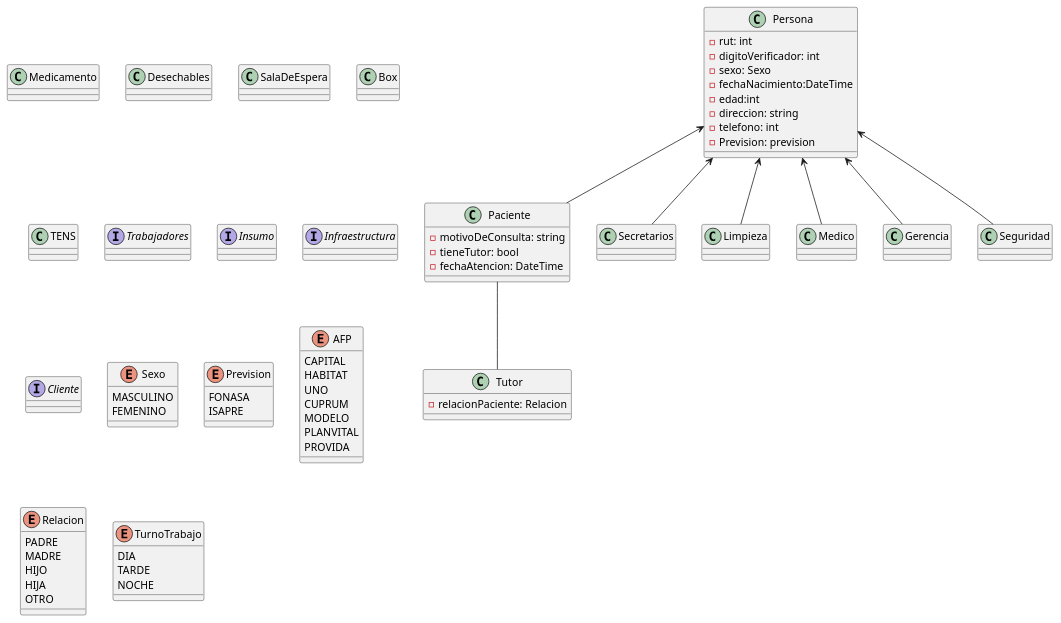
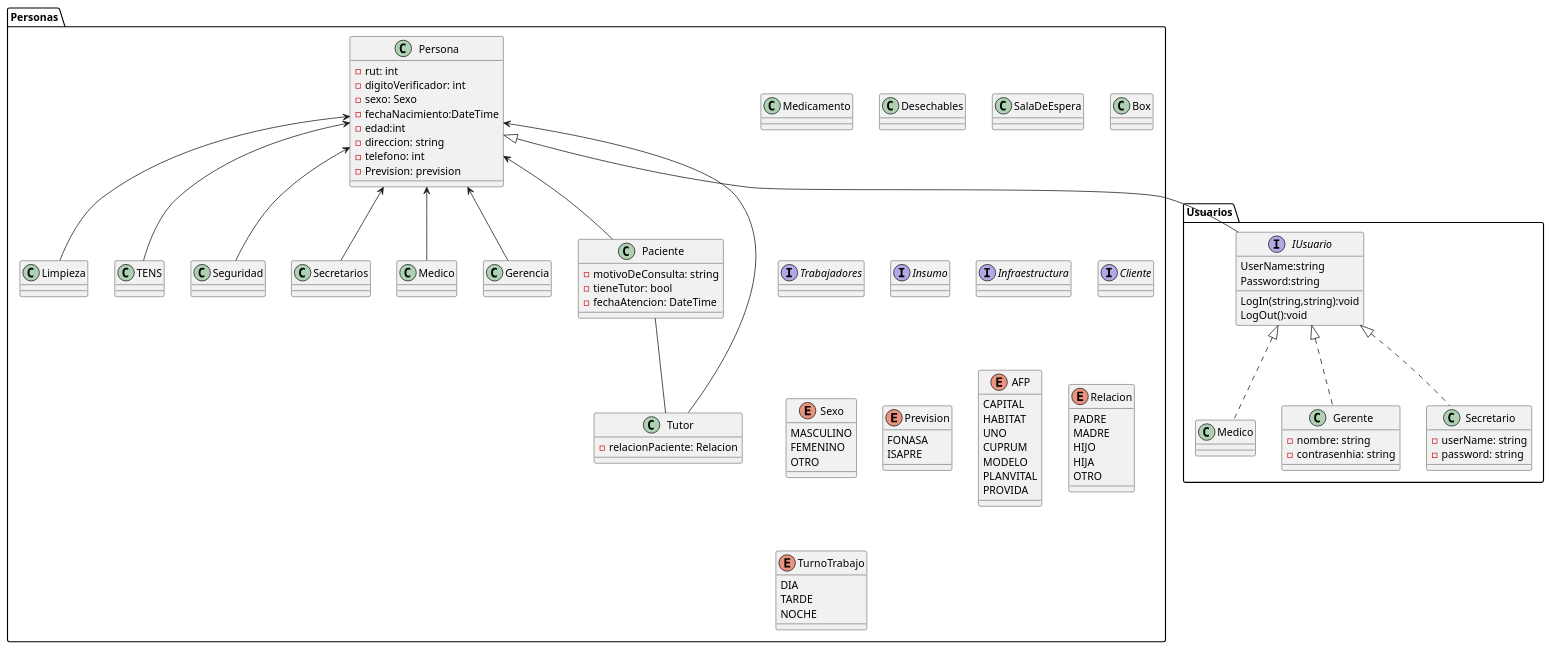
Before and after one commit to ecadiz123/ProyectoAvaloniaProgra2: the diagram in consultorio.puml, drawn with PlantUML. The commit also changed 2 other files, not shown here.

```diff
--- a/consultorio.puml
+++ b/consultorio.puml
@@ -1,79 +1,107 @@
 @startuml clinicaApp
-class Persona{
+package Personas
+{
+    class Persona{
     - rut: int
     - digitoVerificador: int
     - sexo: Sexo
     - fechaNacimiento:DateTime
     - edad:int
     - direccion: string
     - telefono: int 
     - Prevision: prevision
 }
 class Paciente{
     - motivoDeConsulta: string 
     - tieneTutor: bool
     - fechaAtencion: DateTime
 }
 class Tutor{
     - relacionPaciente: Relacion
 }
-class Secretarios{}
 class Limpieza{}
-class Medico{
 
-}
-class Gerencia{}
 class Medicamento {}
 class Desechables {}
 class SalaDeEspera {}
 class Box{}
 class TENS{}
 class Seguridad{}
 
 interface Trabajadores{}
 interface Insumo {}
 interface Infraestructura{}
 interface Cliente{}
 
 enum Sexo{
     MASCULINO
     FEMENINO
+    OTRO
 }
 enum Prevision{
     FONASA
     ISAPRE
 }
 
 enum AFP{
     CAPITAL
     HABITAT
     UNO
     CUPRUM
     MODELO
     PLANVITAL
     PROVIDA
 }
 enum Relacion{
     PADRE
     MADRE
     HIJO
     HIJA
     OTRO
 }
 enum TurnoTrabajo{
     DIA
     TARDE
     NOCHE
 }
 
 'Relaciones 
 'Herencias
 Persona<-- Paciente 
 Persona<-- Secretarios 
 Persona<-- Limpieza 
 Persona<-- Medico 
 Persona<-- Gerencia 
 Persona<-- Seguridad 
+Persona<-- Tutor
+Persona<-- TENS
 'Asociaciones
 Paciente -- Tutor
+}
+package Usuarios
+{
+    interface IUsuario
+    {
+        LogIn(string,string):void
+        LogOut():void
+        UserName:string
+        Password:string
+        }
+    class Secretario{
+        -userName: string
+        -password: string
+    } 
+    class Medico{}
+
+    class Gerente
+    {
+        -nombre: string
+        -contrasenhia: string
+        
+    }
+    Persona <|-- IUsuario
+    IUsuario<|.. Secretario
+    IUsuario<|.. Gerente
+    IUsuario<|.. Medico
+}
 @enduml
```
